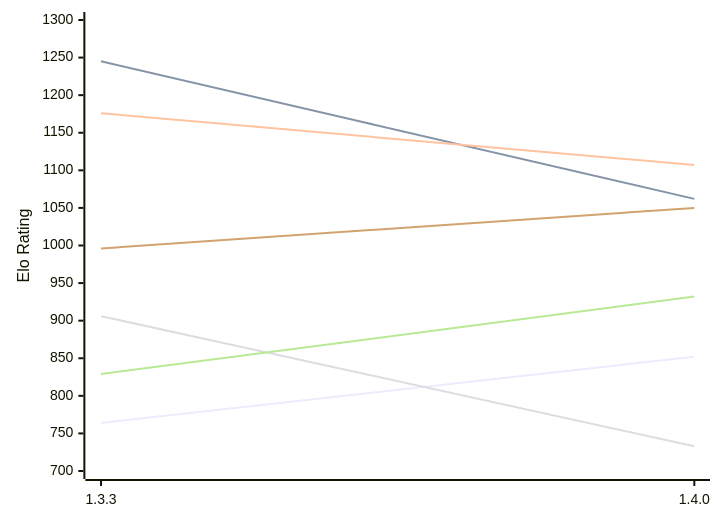
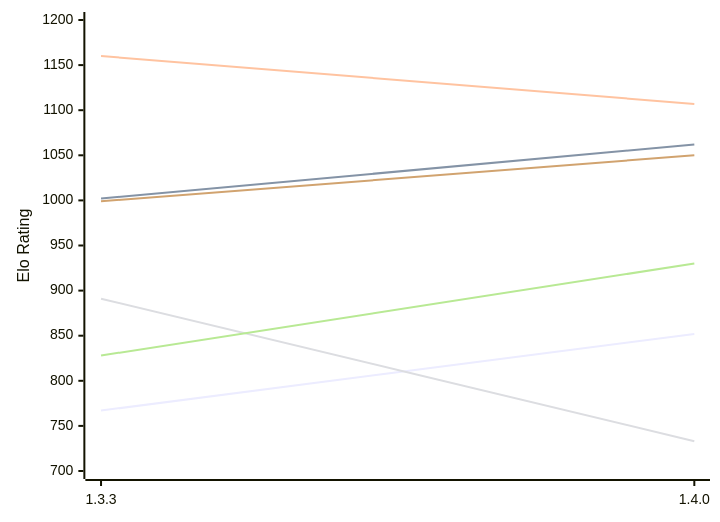
The first of 2 diagrams in engines/Whitespine.md (computer-chess-index/cci), drawn with Mermaid before and after one commit. The commit also changed other lines of this file, not shown here.

Commit message:
Update CCI Ratings (ELO VLTC) - 2026-11-25

````diff
--- a/engines/Whitespine.md
+++ b/engines/Whitespine.md
@@ -51,12 +51,12 @@
 ```mermaid
 %%{init: {"theme":"base","themeVariables":{"seriesColors:['#a3a3a3','#222221','#faa371']}}}%%
 xychart-beta
   x-axis ["1.3.3", "1.4.0"]
-  y-axis "Elo Rating" 700 --> 1300
-  line "E1: STC (8.0+0.08s)" [764, 852]
-  line "E1: LTC (60.0+0.60s)" [1245, 1062]
-  line "E1: VLTC (2m24s+1.12s)" [1176, 1107]
-  line "P1: STC (8.0+0.08s)" [906, 733]
-  line "P1: LTC (60.0+0.60s)" [829, 932]
-  line "P1: VLTC (2m24s+1.12s)" [996, 1050]
+  y-axis "Elo Rating" 700 --> 1200
+  line "E1: STC (8.0+0.08s)" [767, 852]
+  line "E1: LTC (60.0+0.60s)" [1002, 1062]
+  line "E1: VLTC (2m24s+1.12s)" [1160, 1107]
+  line "P1: STC (8.0+0.08s)" [891, 733]
+  line "P1: LTC (60.0+0.60s)" [828, 930]
+  line "P1: VLTC (2m24s+1.12s)" [999, 1050]
 ```
````
